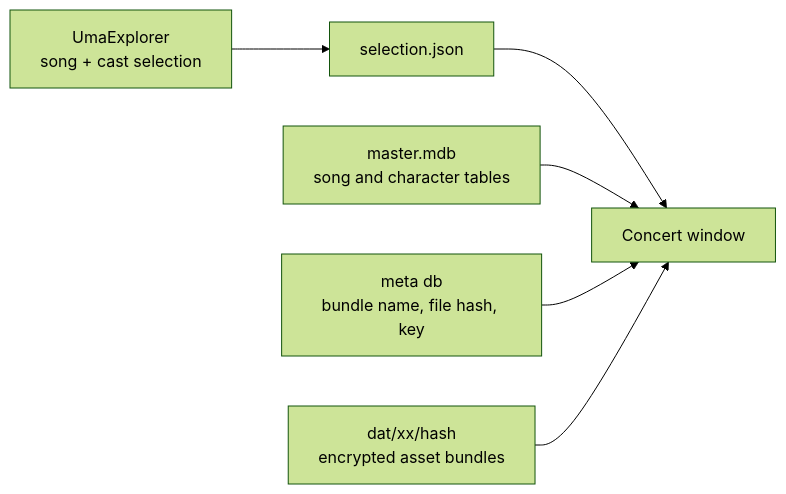
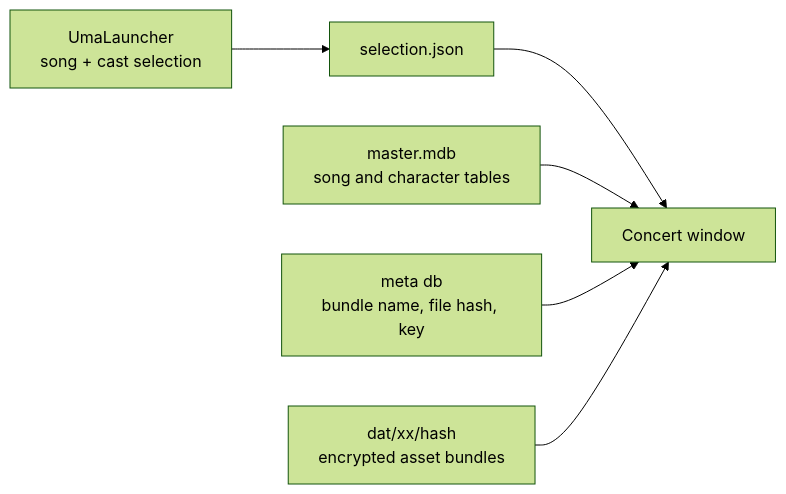
One commit to totallynotbrent/UV2 changed the diagram in README.md. Above: the diagram before and after it, drawn with Mermaid (forest theme). The commit also changed other lines of this file and 11 other files, not shown here.

Commit message:
add the umaLauncher desktop front end and stage it from the install

````diff
--- a/README.md
+++ b/README.md
@@ -45,14 +48,14 @@
 ```mermaid
 flowchart LR
-    explorer[UmaExplorer<br/>song + cast selection]
+    launcher[UmaLauncher<br/>song + cast selection]
     json[selection.json]
     master[master.mdb<br/>song and character tables]
     meta[meta db<br/>bundle name, file hash, key]
     dat[dat/xx/hash<br/>encrypted asset bundles]
     concert[Concert window]
 
-    explorer --> json --> concert
+    launcher --> json --> concert
     master --> concert
     meta --> concert
     dat --> concert
 ```
````
